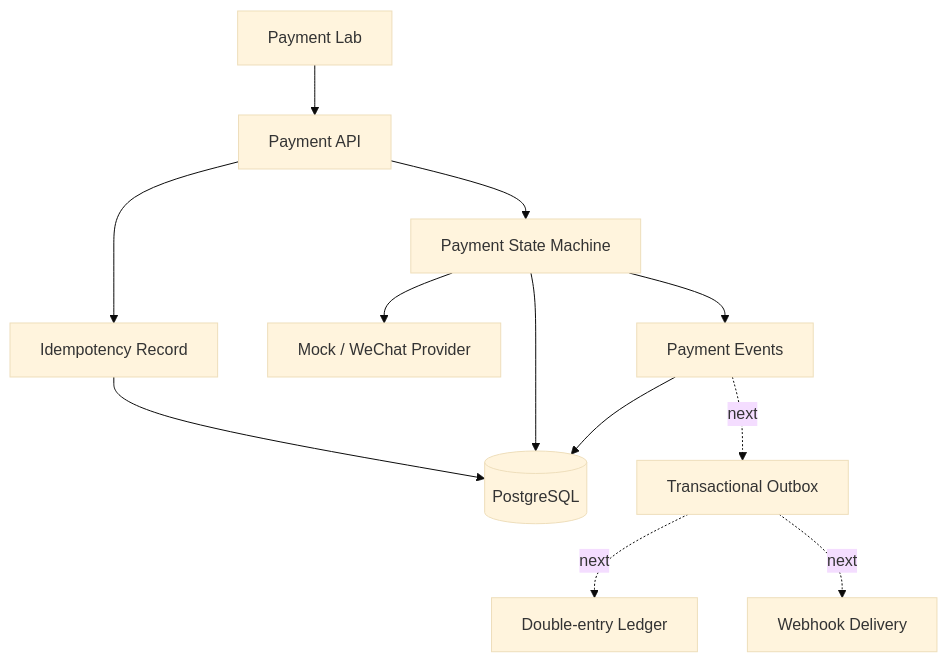
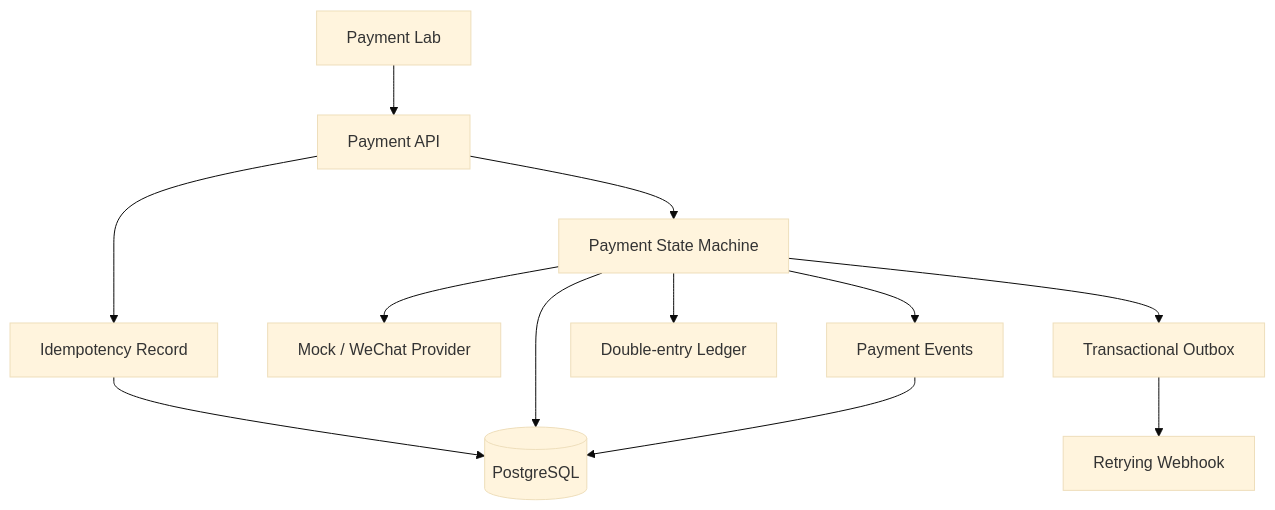
One commit to Xin898/WechatPayment changed the first of 2 diagrams in README.md. Above: the diagram before and after it, drawn with Mermaid (base theme). The commit also changed other lines of this file and 24 other files, not shown here.

Commit message:
feat: add refunds outbox webhooks and ledger

```diff
--- a/README.md
+++ b/README.md
@@ -29,14 +32,14 @@
 ~~~mermaid
 flowchart TD
     Browser["Payment Lab"] --> API["Payment API"]
     API --> Idempotency["Idempotency Record"]
     API --> Payment["Payment State Machine"]
     Payment --> Provider["Mock / WeChat Provider"]
     Payment --> Events["Payment Events"]
     Idempotency --> DB[("PostgreSQL")]
     Payment --> DB
     Events --> DB
-    Events -. next .-> Outbox["Transactional Outbox"]
-    Outbox -. next .-> Ledger["Double-entry Ledger"]
-    Outbox -. next .-> Webhook["Webhook Delivery"]
+    Payment --> Ledger["Double-entry Ledger"]
+    Payment --> Outbox["Transactional Outbox"]
+    Outbox --> Webhook["Retrying Webhook"]
 ~~~
```
